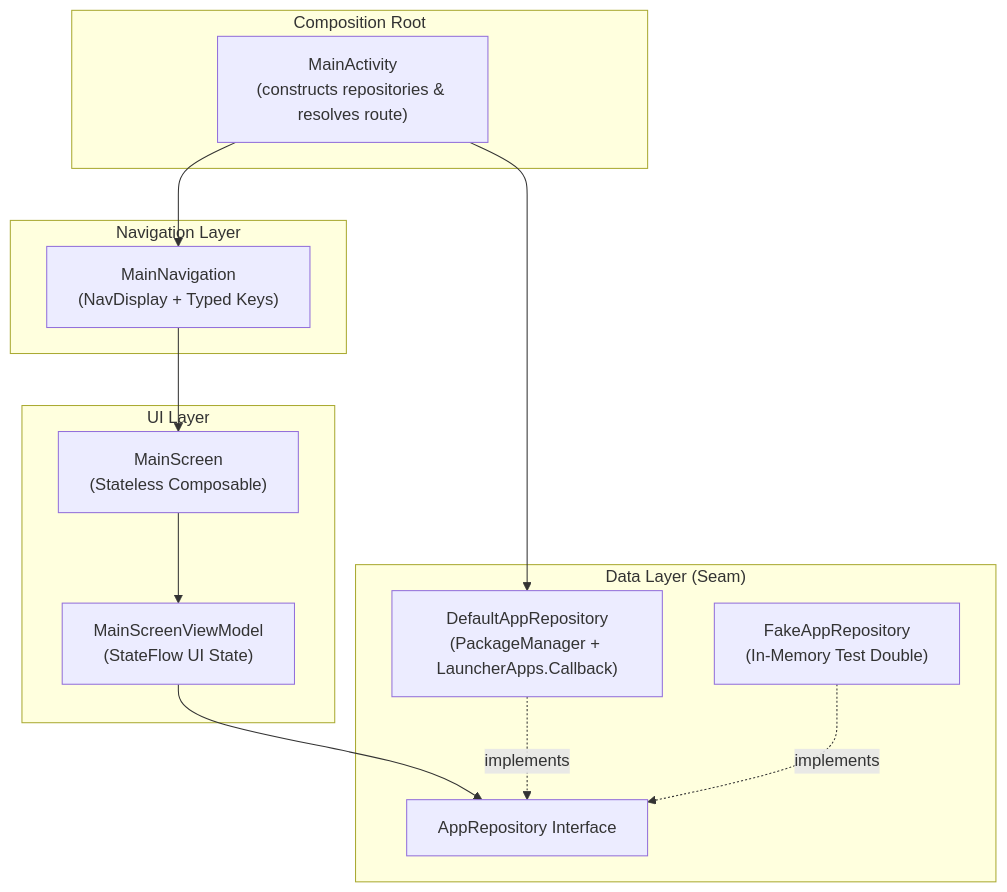
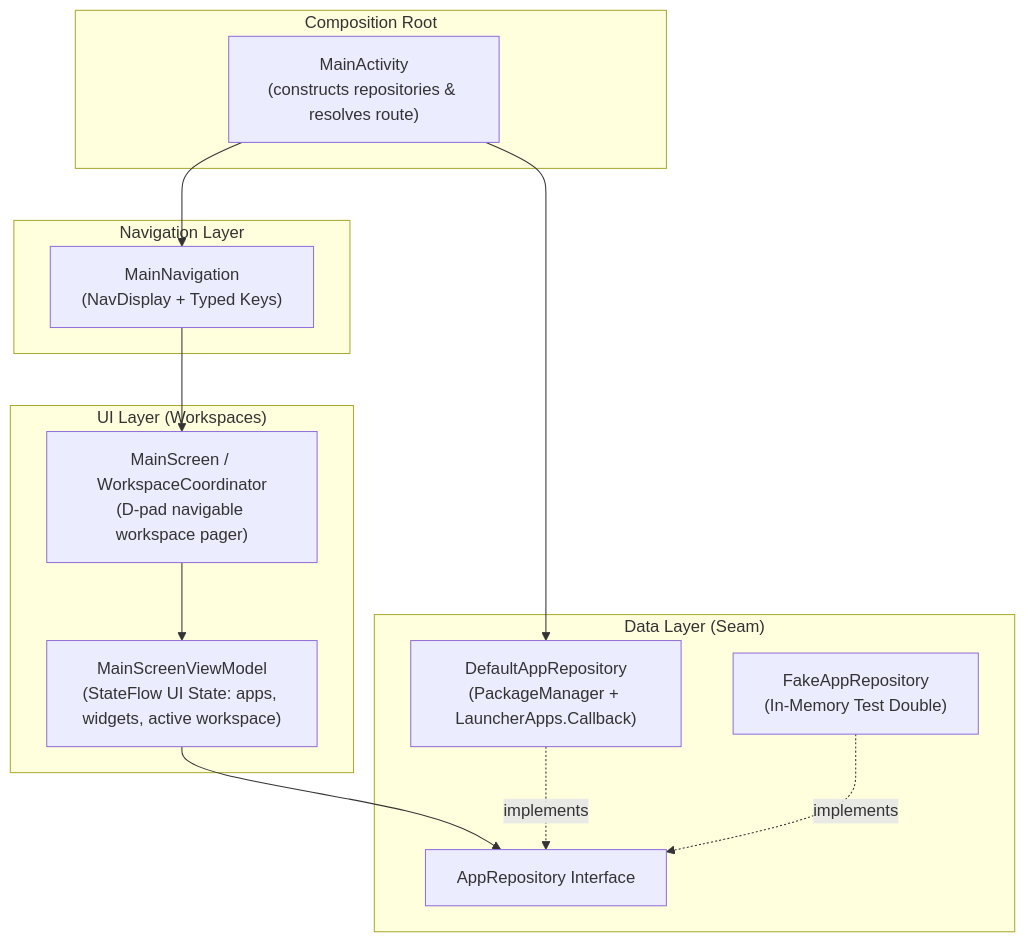
The second of 2 diagrams in docs/architecture.md (MaigTV/maigtv), drawn with Mermaid before and after one commit. The commit also changed other lines of this file and 3 other files, not shown here.

````diff
--- a/docs/architecture.md
+++ b/docs/architecture.md
@@ -39,29 +61,29 @@
 ```mermaid
 flowchart TD
     subgraph CompositionRoot["Composition Root"]
         MainActivity["MainActivity<br/>(constructs repositories & resolves route)"]
     end
 
     subgraph Navigation["Navigation Layer"]
         MainNavigation["MainNavigation<br/>(NavDisplay + Typed Keys)"]
     end
 
-    subgraph UILayer["UI Layer"]
-        MainScreen["MainScreen<br/>(Stateless Composable)"]
-        MainViewModel["MainScreenViewModel<br/>(StateFlow UI State)"]
+    subgraph UILayer["UI Layer (Workspaces)"]
+        MainScreen["MainScreen / WorkspaceCoordinator<br/>(D-pad navigable workspace pager)"]
+        MainViewModel["MainScreenViewModel<br/>(StateFlow UI State: apps, widgets, active workspace)"]
     end
 
     subgraph DataLayer["Data Layer (Seam)"]
         AppRepoInterface["AppRepository Interface"]
         DefaultAppRepo["DefaultAppRepository<br/>(PackageManager + LauncherApps.Callback)"]
         FakeAppRepo["FakeAppRepository<br/>(In-Memory Test Double)"]
     end
 
     MainActivity --> MainNavigation
     MainActivity --> DefaultAppRepo
     MainNavigation --> MainScreen
     MainScreen --> MainViewModel
     MainViewModel --> AppRepoInterface
     DefaultAppRepo -.implements.-> AppRepoInterface
     FakeAppRepo -.implements.-> AppRepoInterface
 ```
````
